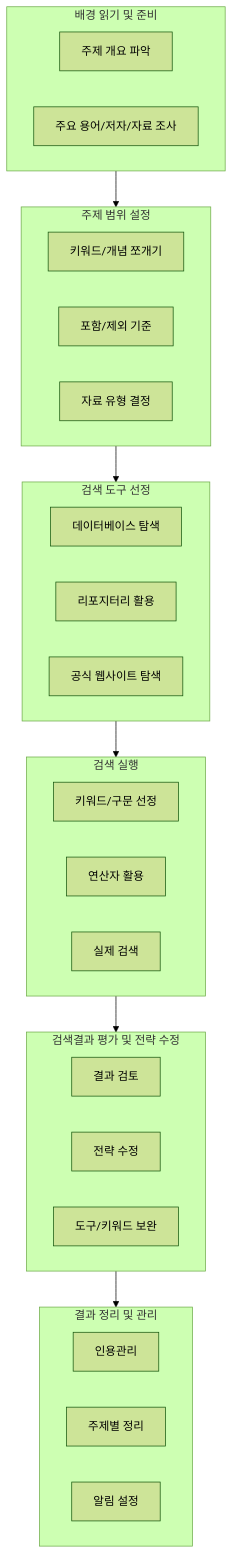
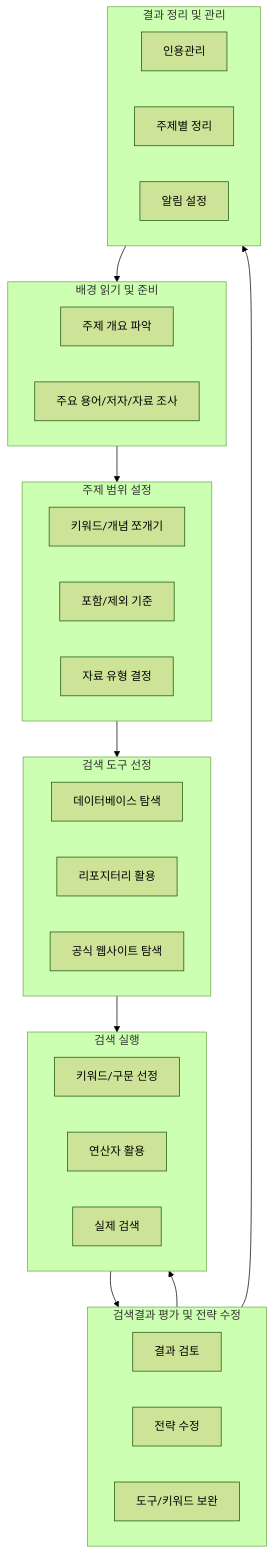
Before and after one commit to gracefullight/gracefullight.github.io: the diagram in blog/2025/07/31/literature-search.md, drawn with Mermaid (forest theme).

Commit message:
docs: 📚️ literature search

````diff
--- a/blog/2025/07/31/literature-search.md
+++ b/blog/2025/07/31/literature-search.md
@@ -15,44 +15,44 @@
 ```mermaid
 flowchart TD
 
     subgraph STEP1["배경 읽기 및 준비"]
       prep1[주제 개요 파악]
       prep2[주요 용어/저자/자료 조사]
     end
 
     subgraph STEP2["주제 범위 설정"]
       scope1[키워드/개념 쪼개기]
       scope2[포함/제외 기준]
       scope3[자료 유형 결정]
     end
 
     subgraph STEP3["검색 도구 선정"]
       tools1[데이터베이스 탐색]
       tools2[리포지터리 활용]
       tools3[공식 웹사이트 탐색]
     end
 
     subgraph STEP4["검색 실행"]
       search1[키워드/구문 선정]
       search2[연산자 활용]
       search3[실제 검색]
     end
 
     subgraph STEP5["검색결과 평가 및 전략 수정"]
       eval1[결과 검토]
       eval2[전략 수정]
       eval3[도구/키워드 보완]
     end
 
     subgraph STEP6["결과 정리 및 관리"]
       manage1[인용관리]
       manage2[주제별 정리]
       manage3[알림 설정]
     end
 
     STEP1 --> STEP2
     STEP2 --> STEP3
     STEP3 --> STEP4
-    STEP4 --> STEP5
-    STEP5 --> STEP6
+    STEP4 --> STEP5 --> STEP4
+    STEP5 --> STEP6 --> STEP1
 ```
````
